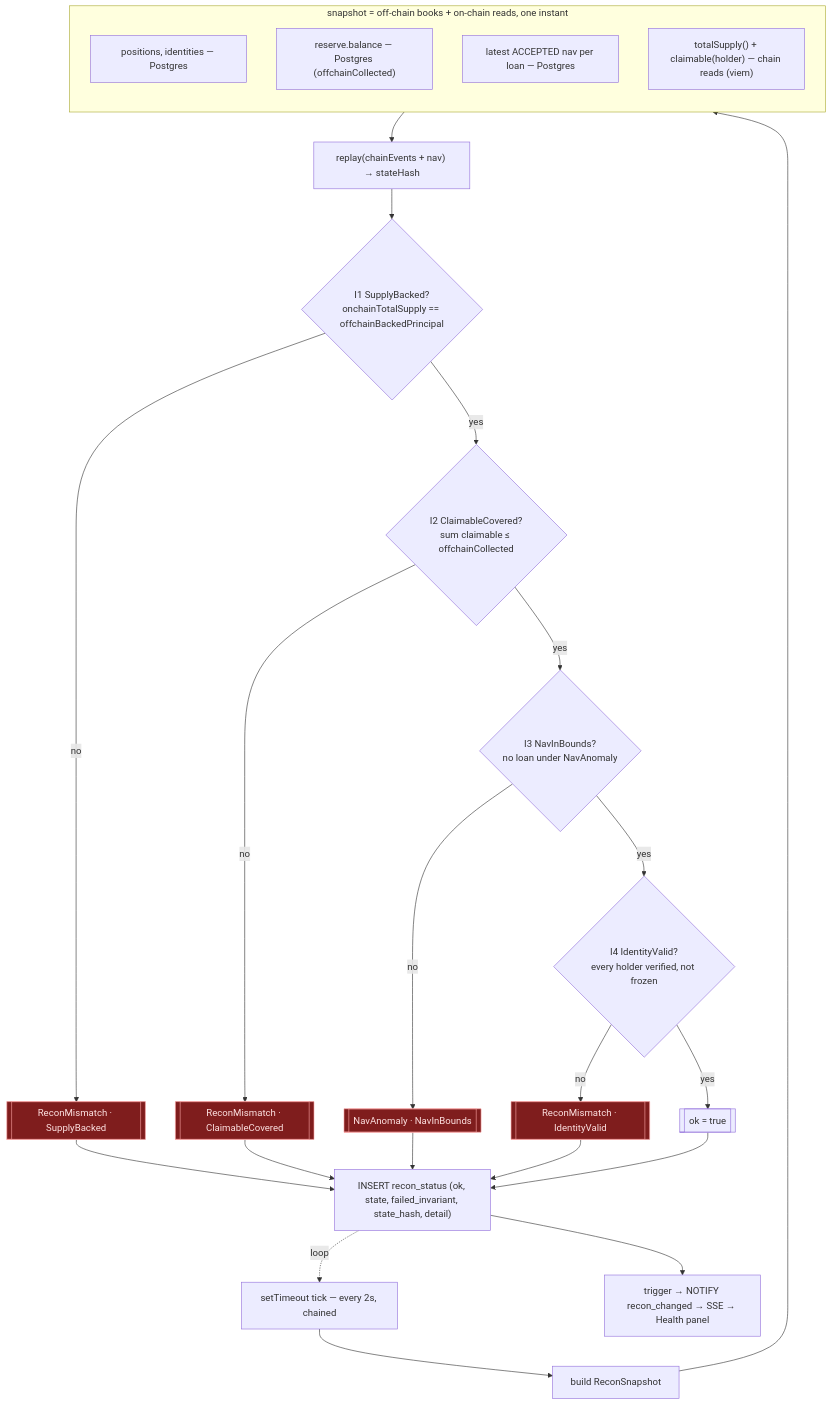
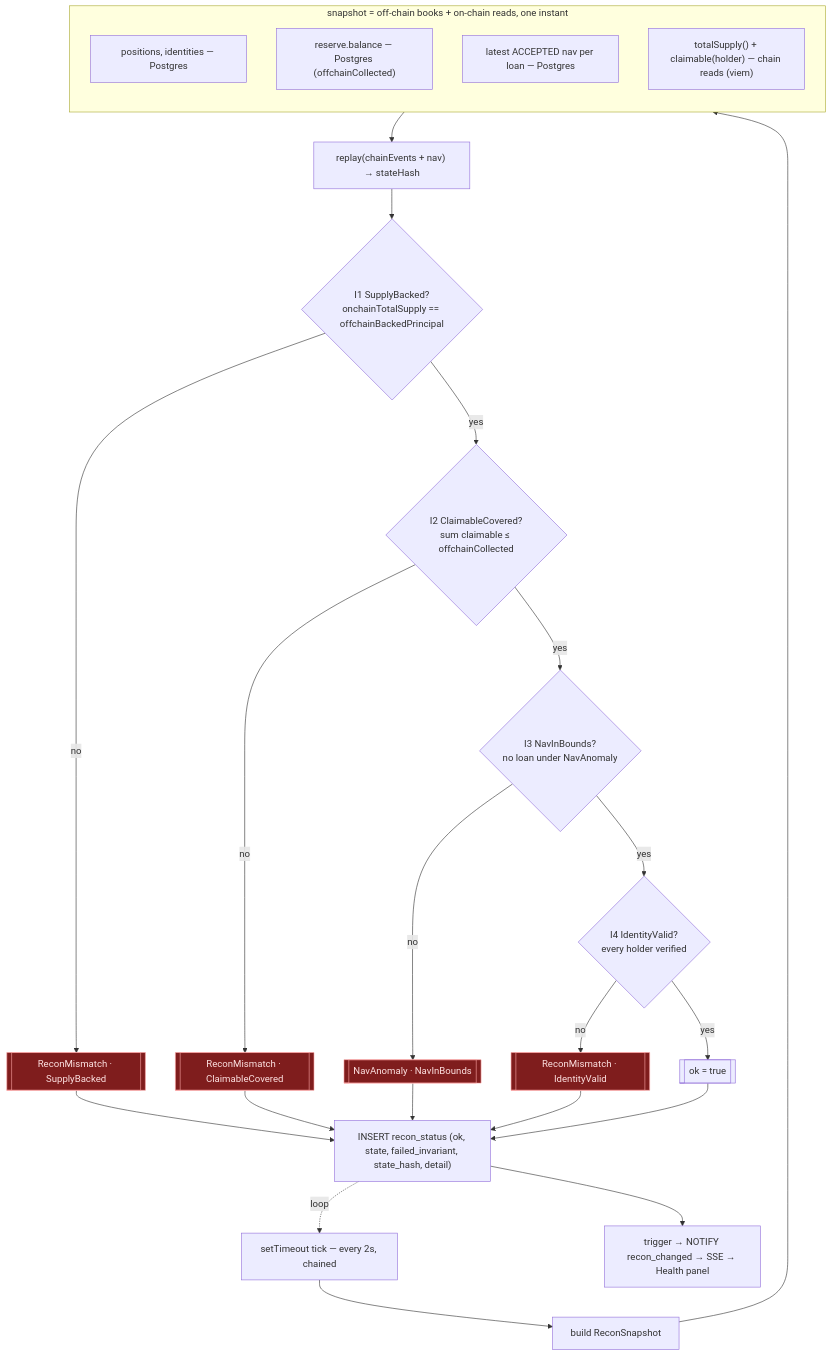
One commit to xbt-a4224j/permissioned-credit-ledger changed the seventh of 14 diagrams in docs/architecture/MAP.md. Above: the diagram before and after it, drawn with Mermaid. The commit also changed other lines of this file and 69 other files, not shown here.

````diff
--- a/docs/architecture/MAP.md
+++ b/docs/architecture/MAP.md
@@ -433,32 +403,32 @@
 ```mermaid
 flowchart TB
   T["setTimeout tick — every 2s, chained"] --> SNAP["build ReconSnapshot"]
   subgraph SNAPSHOT["snapshot = off-chain books + on-chain reads, one instant"]
     direction TB
     S1["positions, identities — Postgres"]
     S2["reserve.balance — Postgres (offchainCollected)"]
     S3["latest ACCEPTED nav per loan — Postgres"]
     S4["totalSupply() + claimable(holder) — chain reads (viem)"]
   end
   SNAP --> SNAPSHOT
   SNAPSHOT --> REPLAY["replay(chainEvents + nav) → stateHash"]
   REPLAY --> I1{"I1 SupplyBacked?<br/>onchainTotalSupply == offchainBackedPrincipal"}
   I1 -- no --> H1[["ReconMismatch · SupplyBacked"]]
   I1 -- yes --> I2{"I2 ClaimableCovered?<br/>sum claimable ≤ offchainCollected"}
   I2 -- no --> H2[["ReconMismatch · ClaimableCovered"]]
   I2 -- yes --> I3{"I3 NavInBounds?<br/>no loan under NavAnomaly"}
   I3 -- no --> H3[["NavAnomaly · NavInBounds"]]
-  I3 -- yes --> I4{"I4 IdentityValid?<br/>every holder verified, not frozen"}
+  I3 -- yes --> I4{"I4 IdentityValid?<br/>every holder verified"}
   I4 -- no --> H4[["ReconMismatch · IdentityValid"]]
   I4 -- yes --> OK[["ok = true"]]
   H1 --> W
   H2 --> W
   H3 --> W
   H4 --> W
   OK --> W["INSERT recon_status (ok, state, failed_invariant, state_hash, detail)"]
   W --> N["trigger → NOTIFY recon_changed → SSE → Health panel"]
   W -.->|"loop"| T
 
   classDef halt fill:#7f1d1d,stroke:#fca5a5,color:#fee2e2;
   class H1,H2,H3,H4 halt;
 ```
````
